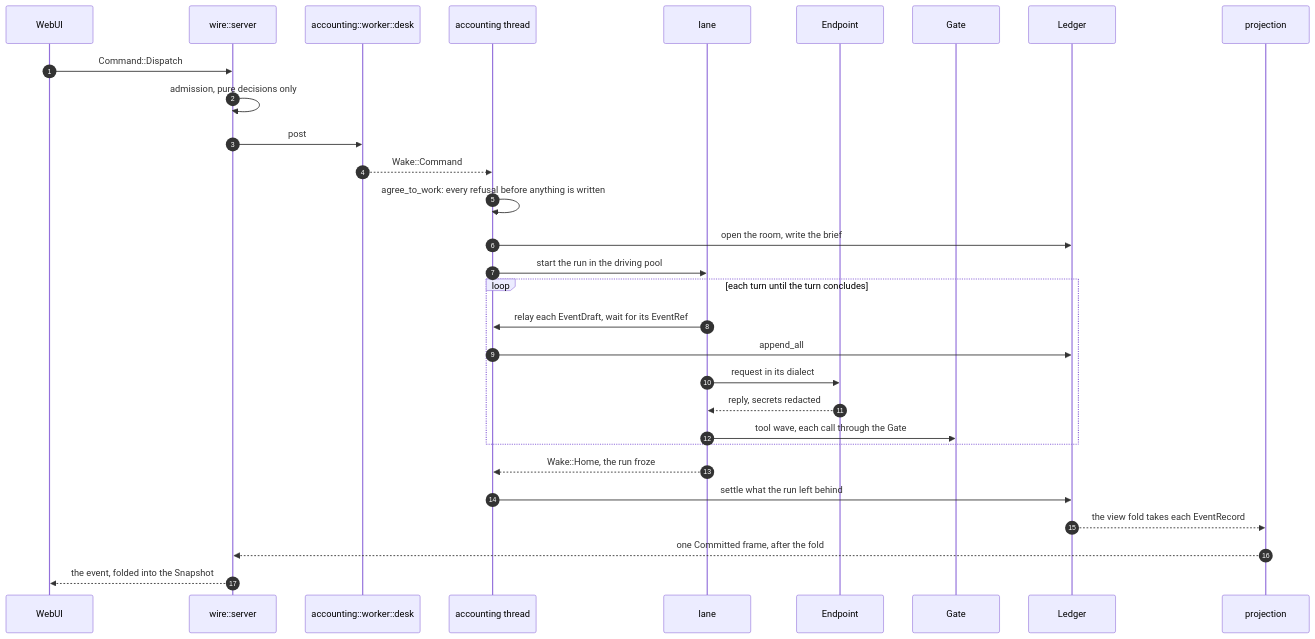
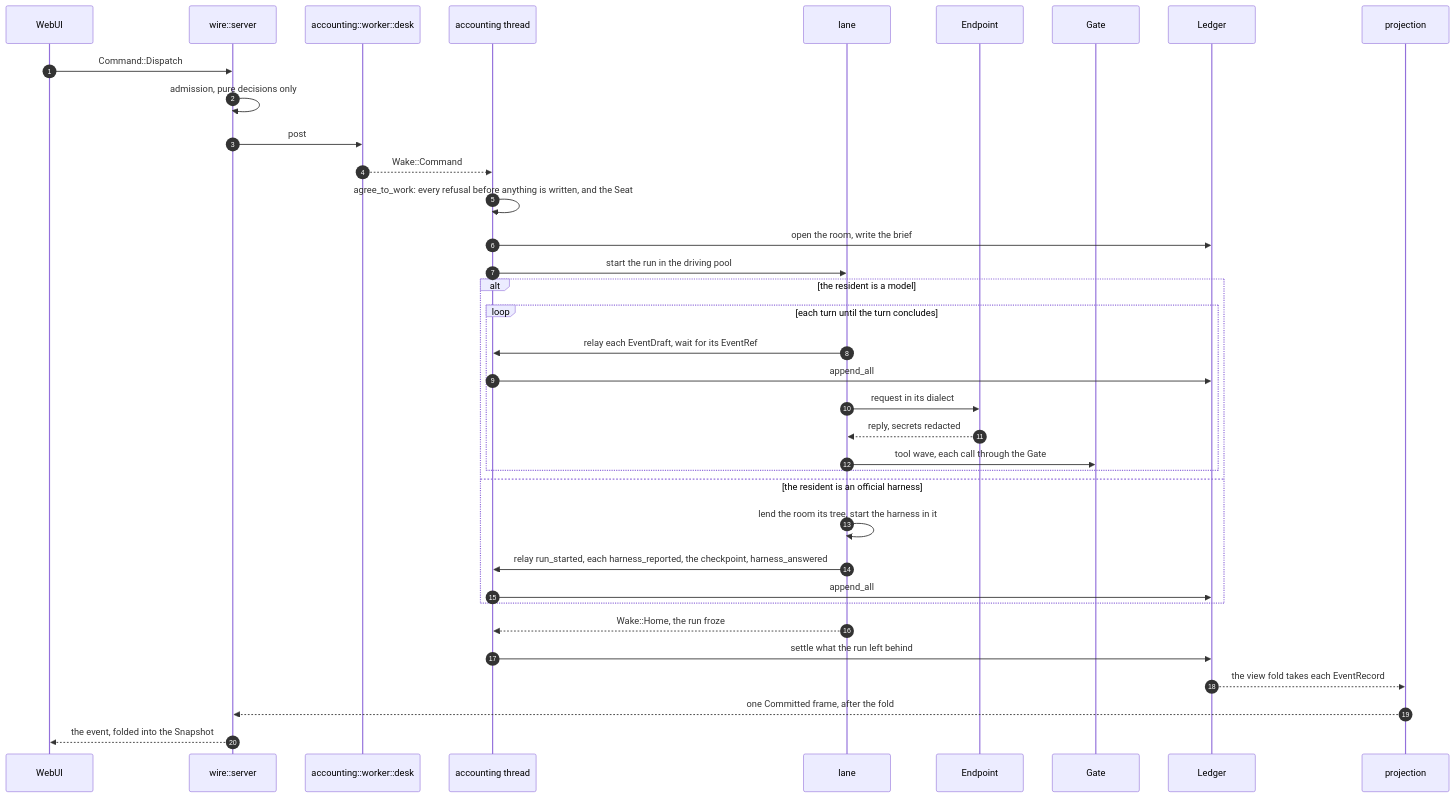
One commit to 2youg1/sprawling-agents changed the second of 8 diagrams in ARCHITECTURE.md. Above: the diagram before and after it, drawn with Mermaid. The commit also changed other lines of this file, not shown here.

First line of the commit message:
card-S8.H2CD: ARCHITECTURE walks the harness resident through one dispatch and a run's life

````diff
--- a/ARCHITECTURE.md
+++ b/ARCHITECTURE.md
@@ -873,32 +892,38 @@
 ```mermaid
 sequenceDiagram
     autonumber
     participant W as WebUI
     participant S as wire::server
     participant D as accounting::worker::desk
     participant A as accounting thread
     participant L as lane
     participant E as Endpoint
     participant G as Gate
     participant R as Ledger
     participant P as projection
     W->>S: Command::Dispatch
     S->>S: admission, pure decisions only
     S->>D: post
     D-->>A: Wake::Command
-    A->>A: agree_to_work: every refusal before anything is written
+    A->>A: agree_to_work: every refusal before anything is written, and the Seat
     A->>R: open the room, write the brief
     A->>L: start the run in the driving pool
-    loop each turn until the turn concludes
-        L->>A: relay each EventDraft, wait for its EventRef
+    alt the resident is a model
+        loop each turn until the turn concludes
+            L->>A: relay each EventDraft, wait for its EventRef
+            A->>R: append_all
+            L->>E: request in its dialect
+            E-->>L: reply, secrets redacted
+            L->>G: tool wave, each call through the Gate
+        end
+    else the resident is an official harness
+        L->>L: lend the room its tree, start the harness in it
+        L->>A: relay run_started, each harness_reported, the checkpoint, harness_answered
         A->>R: append_all
-        L->>E: request in its dialect
-        E-->>L: reply, secrets redacted
-        L->>G: tool wave, each call through the Gate
     end
     L-->>A: Wake::Home, the run froze
     A->>R: settle what the run left behind
     R-->>P: the view fold takes each EventRecord
     P-->>S: one Committed frame, after the fold
     S-->>W: the event, folded into the Snapshot
 ```
````
